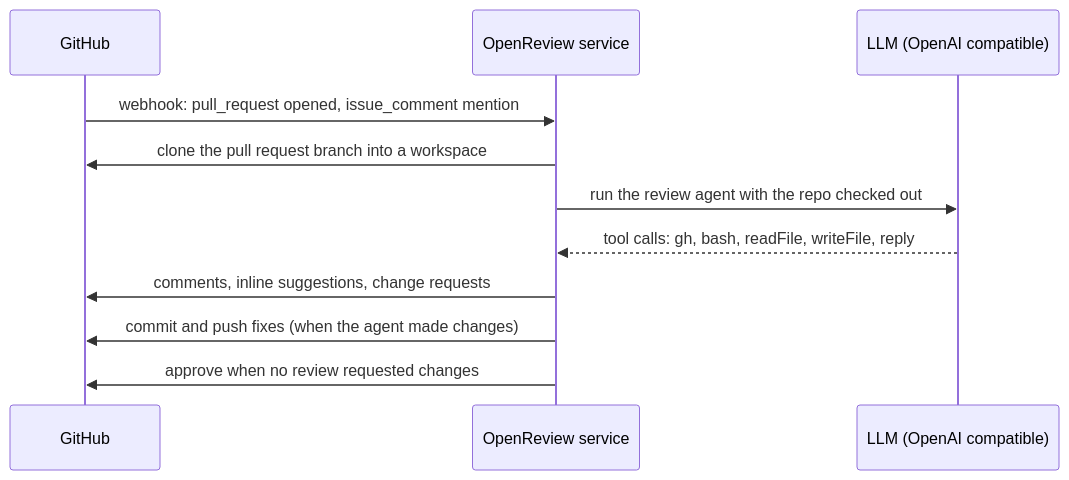
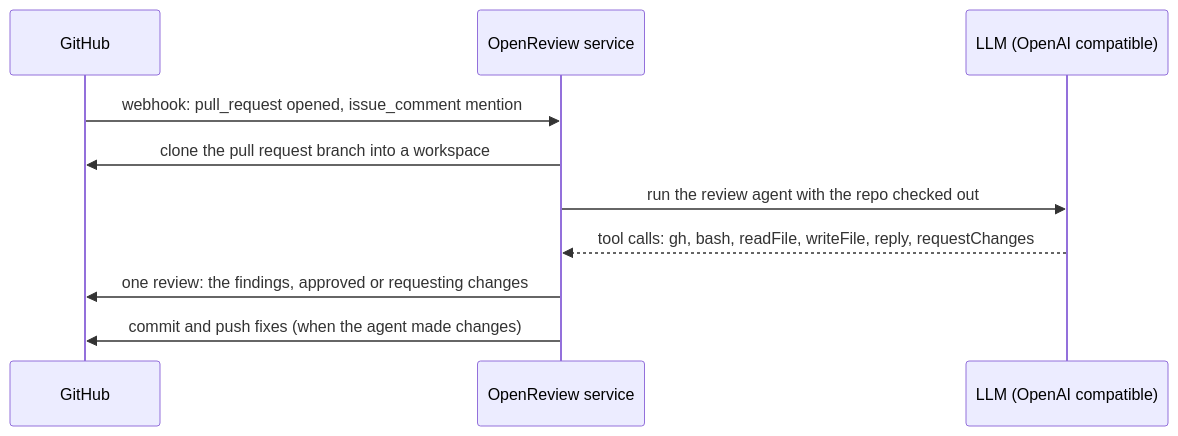
Before and after one commit to Aloento/openreview: the diagram in README.md, drawn with Mermaid. The commit also changed other lines of this file and 8 other files, not shown here.

First line of the commit message:
Submit one review per run from the agent findings

````diff
--- a/README.md
+++ b/README.md
@@ -16,13 +16,12 @@
 ```mermaid
 sequenceDiagram
     participant GH as GitHub
     participant SVC as OpenReview service
     participant LLM as LLM (OpenAI compatible)
     GH->>SVC: webhook: pull_request opened, issue_comment mention
     SVC->>GH: clone the pull request branch into a workspace
     SVC->>LLM: run the review agent with the repo checked out
-    LLM-->>SVC: tool calls: gh, bash, readFile, writeFile, reply
-    SVC->>GH: comments, inline suggestions, change requests
+    LLM-->>SVC: tool calls: gh, bash, readFile, writeFile, reply, requestChanges
+    SVC->>GH: one review: the findings, approved or requesting changes
     SVC->>GH: commit and push fixes (when the agent made changes)
-    SVC->>GH: approve when no review requested changes
 ```
````
